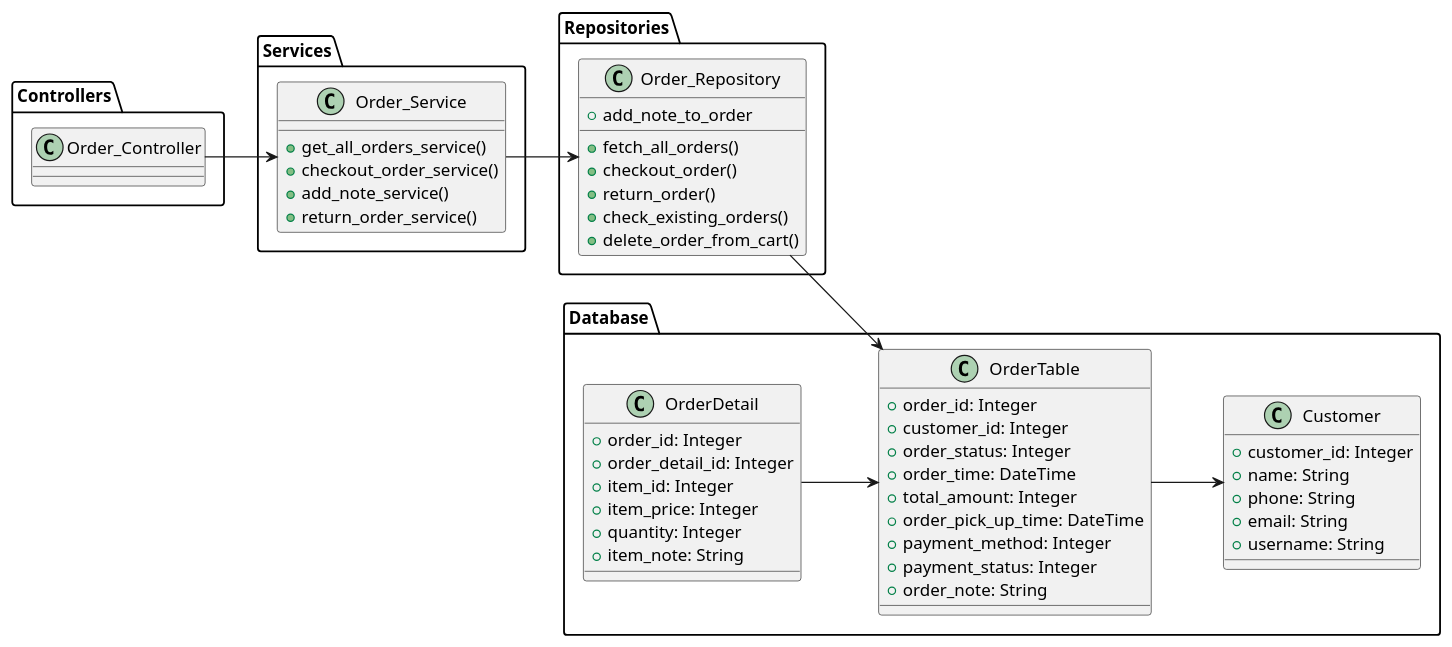
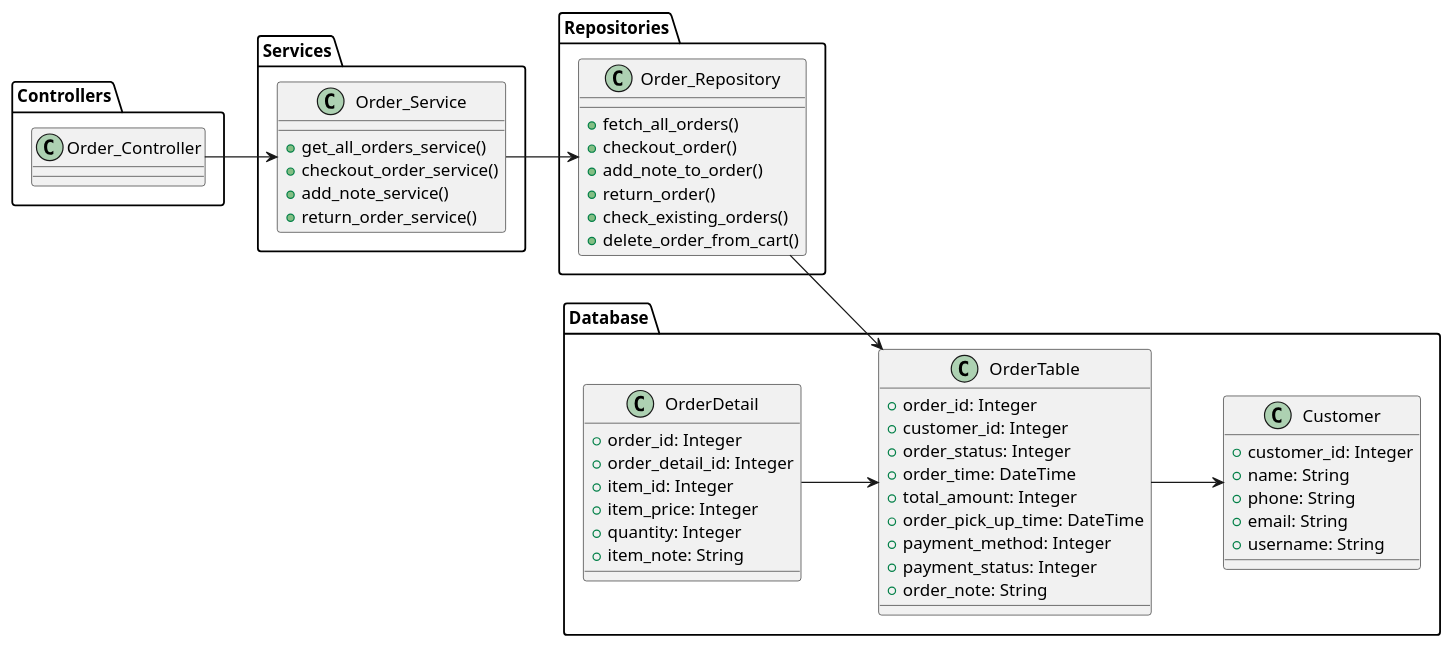
The diagram in diagram/order_class_diagram.puml (kevin0629/NCU_Campus_Eats_Demo), drawn with PlantUML before and after one commit.

Commit message:
edit class diagram

```diff
--- a/diagram/order_class_diagram.puml
+++ b/diagram/order_class_diagram.puml
@@ -2,63 +2,63 @@
 @startuml Order_Module
 left to right direction
 
 package "Controllers" {
     class Order_Controller
 }
 
 package "Services" {
     class Order_Service {
         +get_all_orders_service()
         +checkout_order_service()
         +add_note_service()
         +return_order_service()
     }
 }
 
 package "Repositories" {
     class Order_Repository {
         +fetch_all_orders()
         +checkout_order()
-        +add_note_to_order
+        +add_note_to_order()
         +return_order()
         +check_existing_orders()
         +delete_order_from_cart()
     }
 }
 
 package "Database" {
     class OrderTable {
         +order_id: Integer
         +customer_id: Integer
         +order_status: Integer
         +order_time: DateTime
         +total_amount: Integer
         +order_pick_up_time: DateTime
         +payment_method: Integer
         +payment_status: Integer
         +order_note: String
     }
     class OrderDetail {
         +order_id: Integer
         +order_detail_id: Integer
         +item_id: Integer
         +item_price: Integer
         +quantity: Integer
         +item_note: String
     }
     class Customer {
         +customer_id: Integer
         +name: String
         +phone: String
         +email: String
         +username: String
     }
 }
 
 Order_Controller --> Order_Service
 Order_Service --> Order_Repository
 Order_Repository --> OrderTable
 OrderTable --> Customer
 OrderDetail --> OrderTable
 
 @enduml
```
